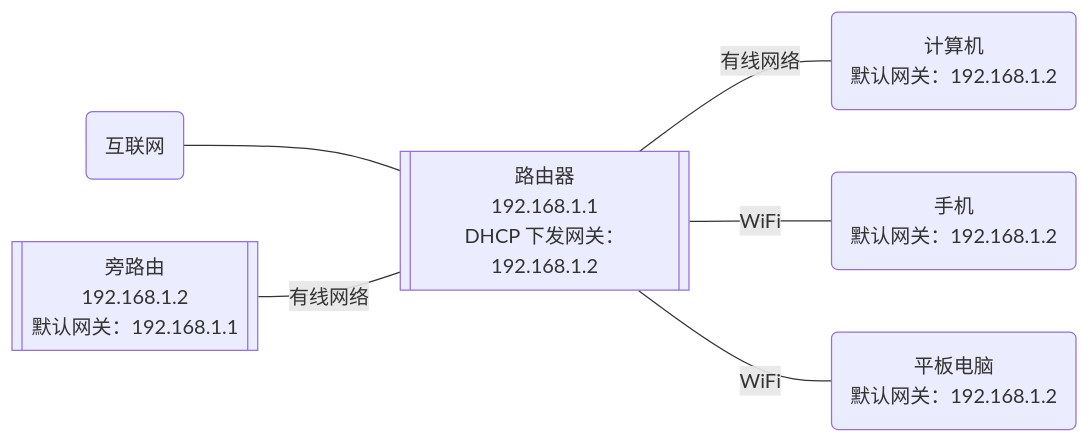
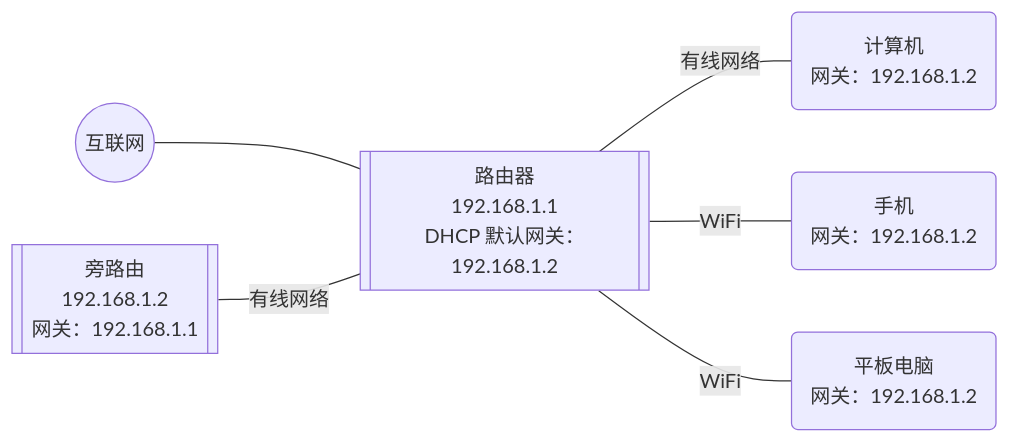
The first of 10 diagrams in blog/2023-12-01-inksys-velop-and-bypass-gateway/index.md (sqybi/SQYBI.com), drawn with Mermaid before and after one commit. The commit also changed other lines of this file and 1 other file, not shown here.

````diff
--- a/blog/2023-12-01-inksys-velop-and-bypass-gateway/index.md
+++ b/blog/2023-12-01-inksys-velop-and-bypass-gateway/index.md
@@ -116,22 +134,22 @@
 ```mermaid
 graph LR
-    internet(互联网)
+    internet((互联网))
     bypass[["`旁路由
     192.168.1.2
-    默认网关：192.168.1.1`"]]
+    网关：192.168.1.1`"]]
     router[["`路由器
     192.168.1.1
-    DHCP 下发网关：192.168.1.2`"]]
+    DHCP 默认网关：192.168.1.2`"]]
     computer("`计算机
-    默认网关：192.168.1.2`")
+    网关：192.168.1.2`")
     phone("`手机
-    默认网关：192.168.1.2`")
+    网关：192.168.1.2`")
     tablet("`平板电脑
-    默认网关：192.168.1.2`")
+    网关：192.168.1.2`")
 
     internet --- router
     bypass ---|有线网络| router
     router ---|有线网络| computer
     router ---|WiFi| phone
     router ---|WiFi| tablet
 ```
````
